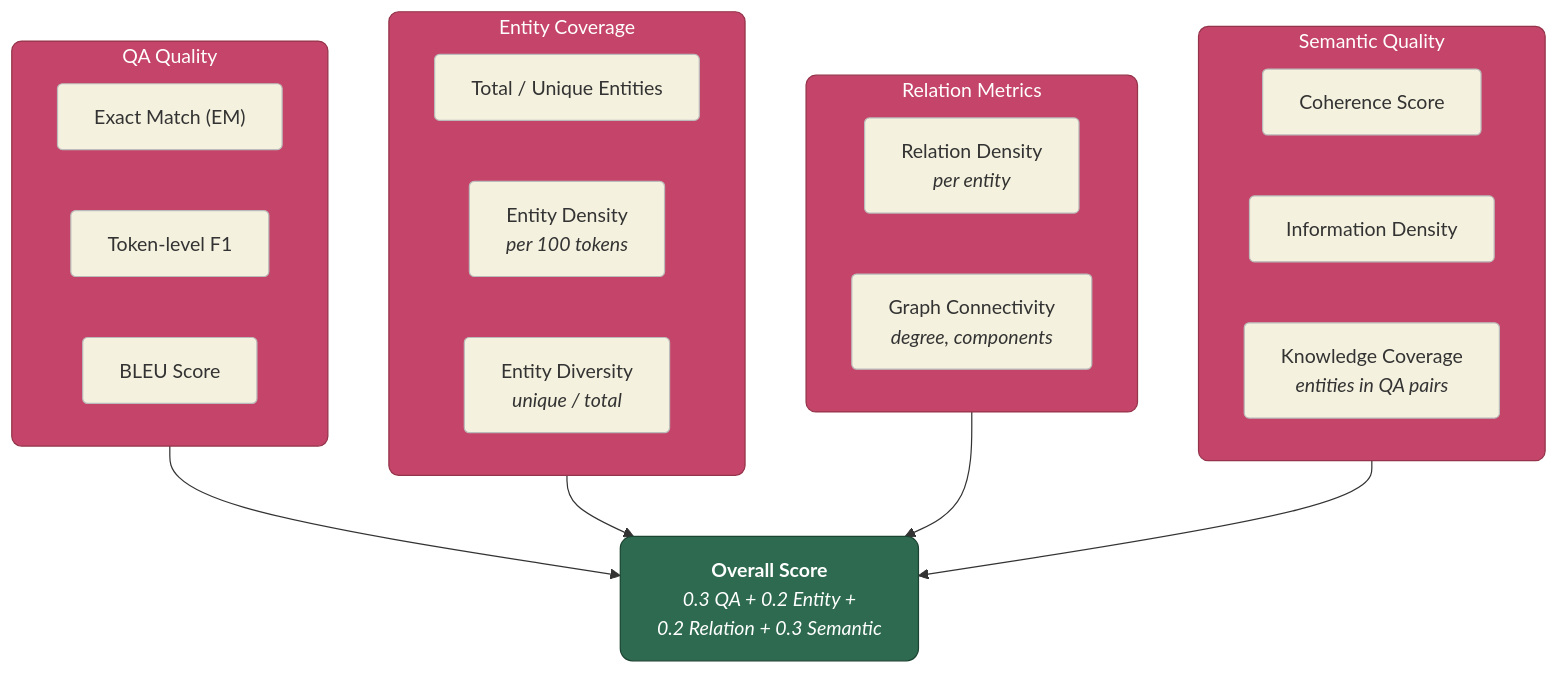
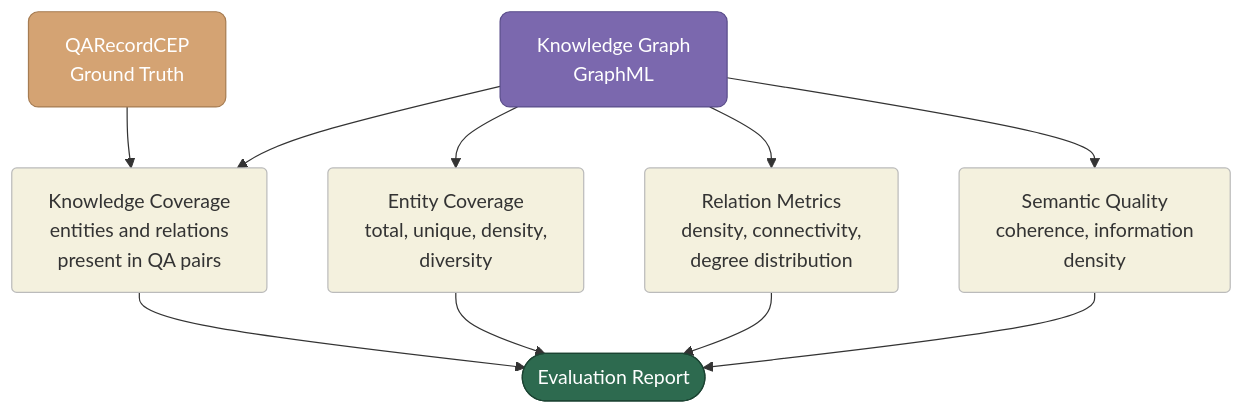
One commit to FredDsR/arandu changed the fifth of 7 diagrams in docs/methodology.md. Above: the diagram before and after it, drawn with Mermaid. The commit also changed other lines of this file, not shown here.

First line of the commit message:
docs: fix methodology diagram layout and evaluation semantics

````diff
--- a/docs/methodology.md
+++ b/docs/methodology.md
@@ -282,36 +262,28 @@
 ```mermaid
-flowchart TB
-    classDef dim fill:#c44569,stroke:#943349,color:#fff,rx:8,ry:8
+flowchart TD
+    classDef gt fill:#d4a373,stroke:#a67c52,color:#fff,rx:8,ry:8
+    classDef kg fill:#7b68ae,stroke:#5a4d8a,color:#fff,rx:8,ry:8
     classDef metric fill:#f4f1de,stroke:#bbb,color:#333,rx:4,ry:4
     classDef report fill:#2d6a4f,stroke:#1b4332,color:#fff,rx:10,ry:10
 
-    subgraph QA["QA Quality"]
-        EM["Exact Match (EM)"]:::metric
-        F1["Token-level F1"]:::metric
-        BL["BLEU Score"]:::metric
-    end
+    QR["QARecordCEP<br/>Ground Truth"]:::gt
+    GR["Knowledge Graph<br/>GraphML"]:::kg
 
-    subgraph ENT["Entity Coverage"]
-        TD["Total / Unique Entities"]:::metric
-        ED["Entity Density<br/><i>per 100 tokens</i>"]:::metric
-        EV["Entity Diversity<br/><i>unique / total</i>"]:::metric
-    end
+    QR --> KC
+    GR --> KC
+    GR --> EC
+    GR --> RM
+    GR --> SQ
 
-    subgraph REL["Relation Metrics"]
-        RD["Relation Density<br/><i>per entity</i>"]:::metric
-        GC["Graph Connectivity<br/><i>degree, components</i>"]:::metric
-    end
+    KC["Knowledge Coverage<br/>entities and relations<br/>present in QA pairs"]:::metric
+    EC["Entity Coverage<br/>total, unique, density,<br/>diversity"]:::metric
+    RM["Relation Metrics<br/>density, connectivity,<br/>degree distribution"]:::metric
+    SQ["Semantic Quality<br/>coherence, information<br/>density"]:::metric
 
-    subgraph SEM["Semantic Quality"]
-        CO["Coherence Score"]:::metric
-        ID["Information Density"]:::metric
-        KC["Knowledge Coverage<br/><i>entities in QA pairs</i>"]:::metric
-    end
+    KC --> R
+    EC --> R
+    RM --> R
+    SQ --> R
 
-    QA:::dim --> R
-    ENT:::dim --> R
-    REL:::dim --> R
-    SEM:::dim --> R
-
-    R["<b>Overall Score</b><br/><i>0.3 QA + 0.2 Entity +<br/>0.2 Relation + 0.3 Semantic</i>"]:::report
+    R(["Evaluation Report"]):::report
 ```
````
